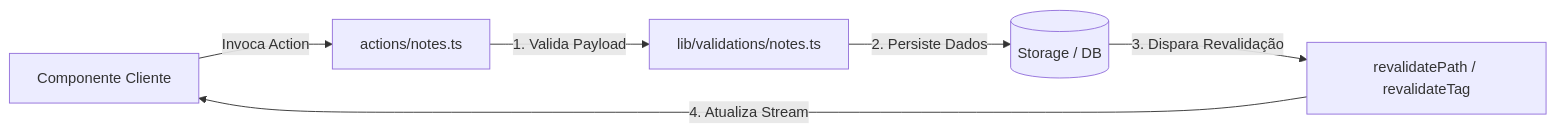
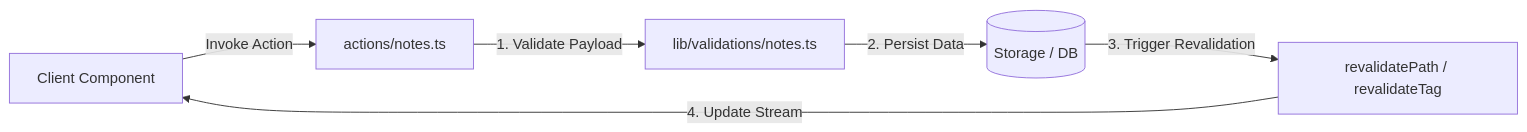
One commit to ianmaciel7/notes-app changed the second of 2 diagrams in docs/translations/pt-br/architecture/README.md. Above: the diagram before and after it, drawn with Mermaid. The commit also changed other lines of this file and 18 other files, not shown here.

Commit message:
feat: add Portuguese documentation translations, batch translation script, and knowledge graph outputs

````diff
--- a/docs/translations/pt-br/architecture/README.md
+++ b/docs/translations/pt-br/architecture/README.md
@@ -121,8 +121,8 @@
 ```mermaid
 flowchart LR
-    ClientUI[Componente Cliente] -->|Invoca Action| Action[actions/notes.ts]
-    Action -->|1. Valida Payload| Zod[lib/validations/notes.ts]
-    Zod -->|2. Persiste Dados| DB[(Storage / DB)]
-    DB -->|3. Dispara Revalidação| Cache[revalidatePath / revalidateTag]
-    Cache -->|4. Atualiza Stream| ClientUI
+    ClientUI[Client Component] -->|Invoke Action| Action[actions/notes.ts]
+    Action -->|1. Validate Payload| Zod[lib/validations/notes.ts]
+    Zod -->|2. Persist Data| DB[(Storage / DB)]
+    DB -->|3. Trigger Revalidation| Cache[revalidatePath / revalidateTag]
+    Cache -->|4. Update Stream| ClientUI
 ```
````
